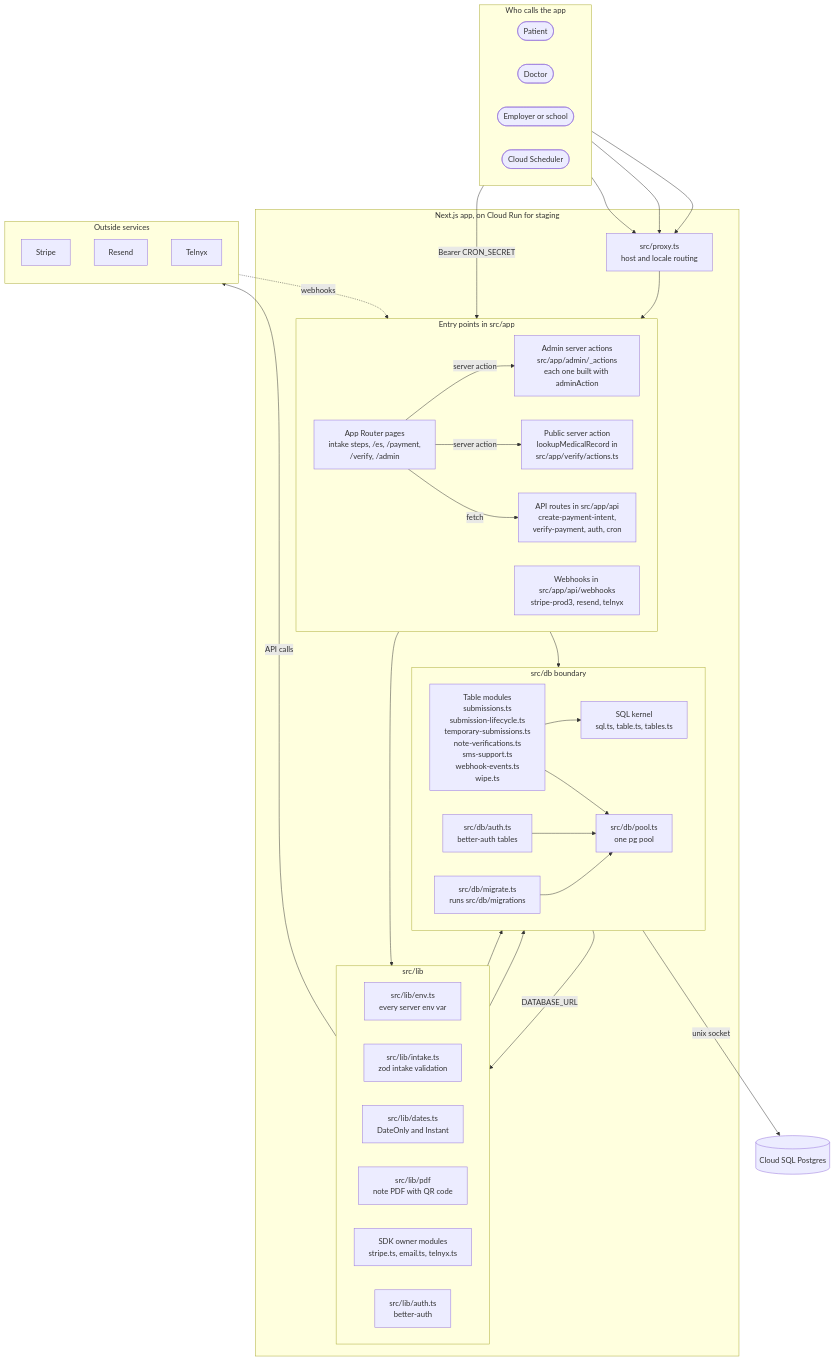
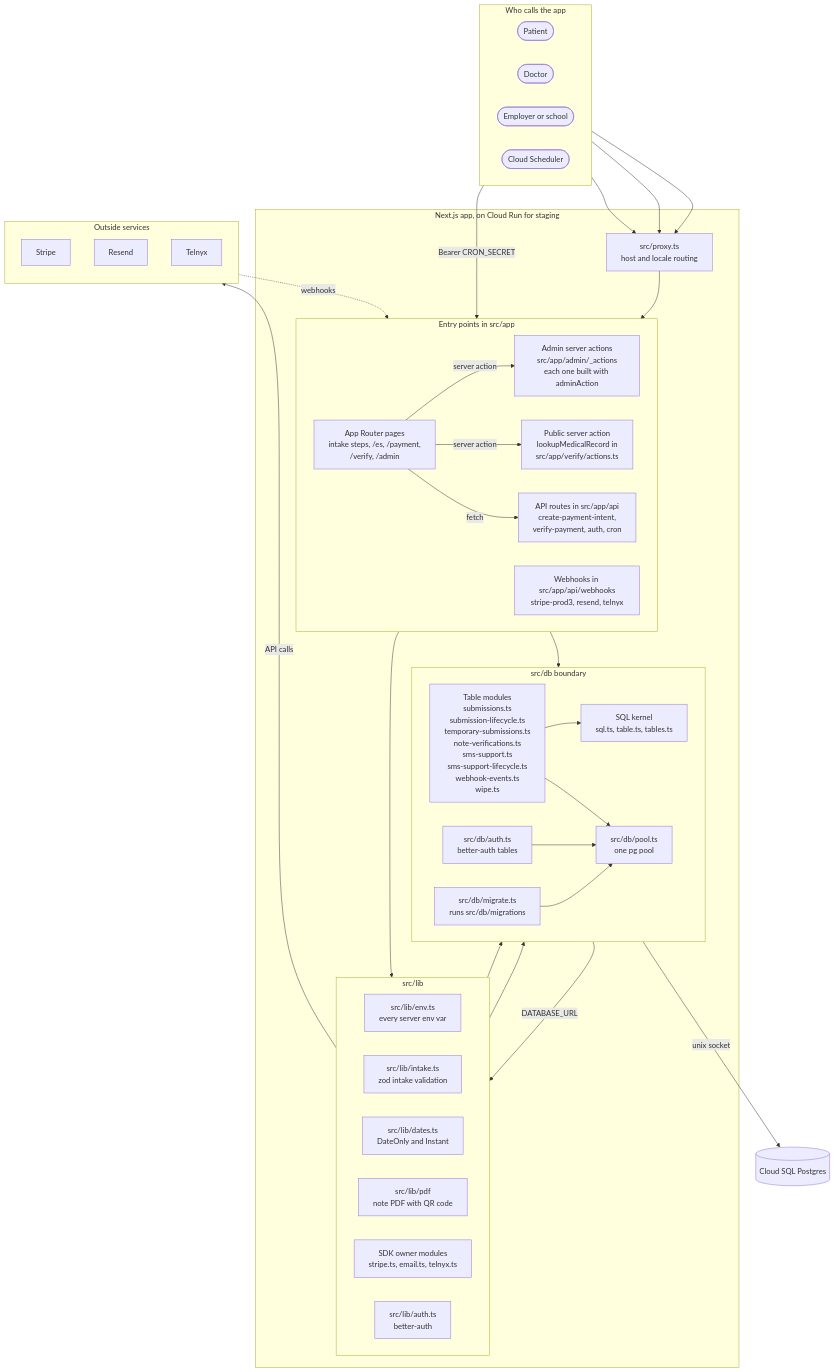
The first of 3 diagrams in README.md (chasef07/odn), drawn with Mermaid before and after one commit. The commit also changed other lines of this file, not shown here.

First line of the commit message:
docs(readme): add the SMS support lifecycle and the refund settle path

````diff
--- a/README.md
+++ b/README.md
@@ -28,75 +28,75 @@
 ```mermaid
 flowchart TB
   subgraph people["Who calls the app"]
     direction LR
     patient(["Patient"])
     doctor(["Doctor"])
     checker(["Employer or school"])
     scheduler(["Cloud Scheduler"])
   end
 
   subgraph cloudrun["Next.js app, on Cloud Run for staging"]
     proxy["src/proxy.ts<br/>host and locale routing"]
 
     subgraph entry["Entry points in src/app"]
       direction LR
       pages["App Router pages<br/>intake steps, /es, /payment,<br/>/verify, /admin"]
       actions["Admin server actions<br/>src/app/admin/_actions<br/>each one built with adminAction"]
       lookup["Public server action<br/>lookupMedicalRecord in<br/>src/app/verify/actions.ts"]
       routes["API routes in src/app/api<br/>create-payment-intent,<br/>verify-payment, auth, cron"]
       webhooks["Webhooks in src/app/api/webhooks<br/>stripe-prod3, resend, telnyx"]
     end
 
     subgraph lib["src/lib"]
       direction LR
       env["src/lib/env.ts<br/>every server env var"]
       intake["src/lib/intake.ts<br/>zod intake validation"]
       dates["src/lib/dates.ts<br/>DateOnly and Instant"]
       pdf["src/lib/pdf<br/>note PDF with QR code"]
       owners["SDK owner modules<br/>stripe.ts, email.ts, telnyx.ts"]
       auth["src/lib/auth.ts<br/>better-auth"]
     end
 
     subgraph db["src/db boundary"]
       direction LR
-      modules["Table modules<br/>submissions.ts<br/>submission-lifecycle.ts<br/>temporary-submissions.ts<br/>note-verifications.ts<br/>sms-support.ts<br/>webhook-events.ts<br/>wipe.ts"]
+      modules["Table modules<br/>submissions.ts<br/>submission-lifecycle.ts<br/>temporary-submissions.ts<br/>note-verifications.ts<br/>sms-support.ts<br/>sms-support-lifecycle.ts<br/>webhook-events.ts<br/>wipe.ts"]
       kernel["SQL kernel<br/>sql.ts, table.ts, tables.ts"]
       authdb["src/db/auth.ts<br/>better-auth tables"]
       migrate["src/db/migrate.ts<br/>runs src/db/migrations"]
       pool["src/db/pool.ts<br/>one pg pool"]
     end
   end
 
   subgraph outside["Outside services"]
     direction TB
     stripe["Stripe"]
     resend["Resend"]
     telnyx["Telnyx"]
   end
 
   postgres[("Cloud SQL Postgres")]
 
   patient --> proxy
   doctor --> proxy
   checker --> proxy
   scheduler -->|Bearer CRON_SECRET| routes
   proxy --> pages
   pages -->|server action| actions
   pages -->|server action| lookup
   pages -->|fetch| routes
 
   entry --> lib
   entry --> modules
   lib --> modules
   auth --> authdb
 
   owners -->|API calls| outside
   outside -.->|webhooks| webhooks
 
   modules --> kernel
   modules --> pool
   authdb --> pool
   migrate --> pool
   pool -->|DATABASE_URL| env
   pool -->|unix socket| postgres
 ```
````
